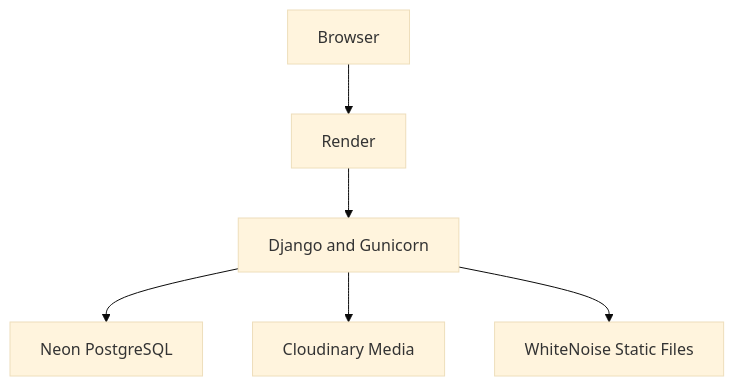
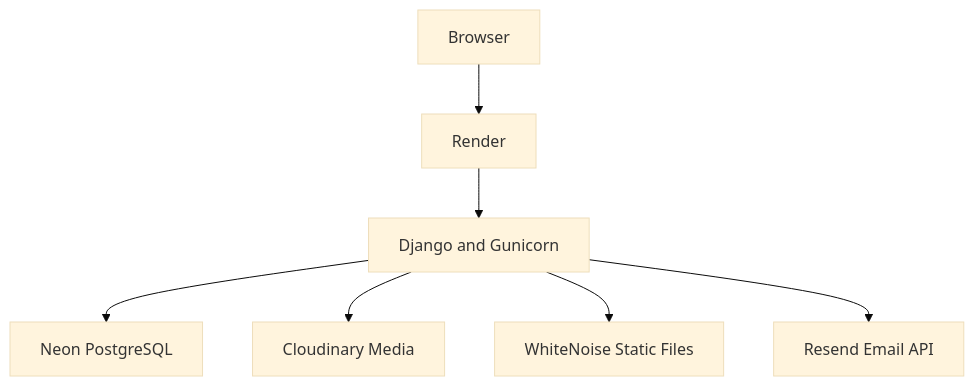
One commit to thierrydrmv/bartender-base changed the diagram in README.md. Above: the diagram before and after it, drawn with Mermaid (base theme). The commit also changed other lines of this file, not shown here.

````diff
--- a/README.md
+++ b/README.md
@@ -188,8 +192,9 @@
 ```mermaid
 flowchart TD
     U[Browser] --> R[Render]
     R --> D[Django and Gunicorn]
     D --> N[Neon PostgreSQL]
     D --> C[Cloudinary Media]
     D --> W[WhiteNoise Static Files]
+    D --> E[Resend Email API]
 ```
````
